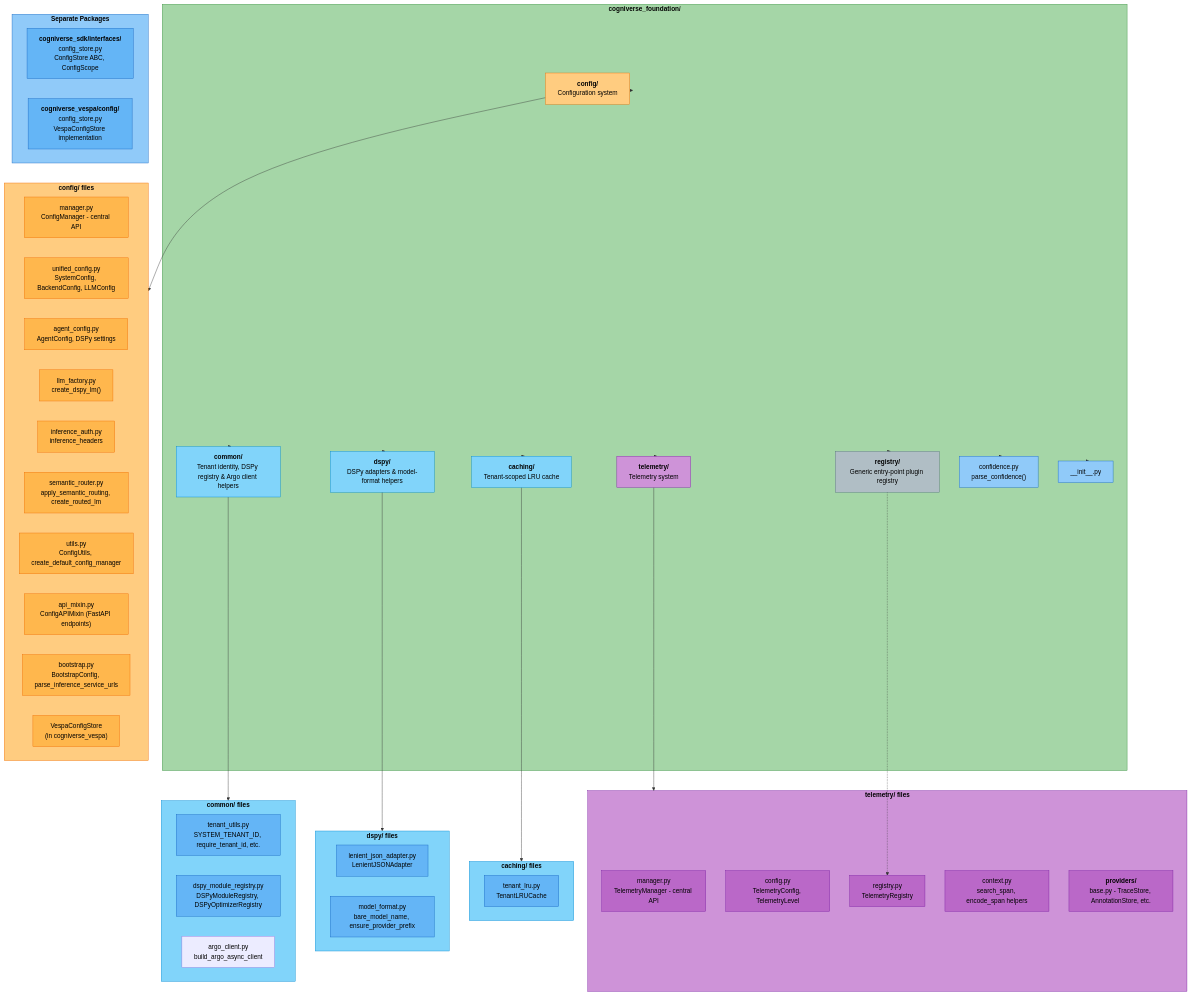
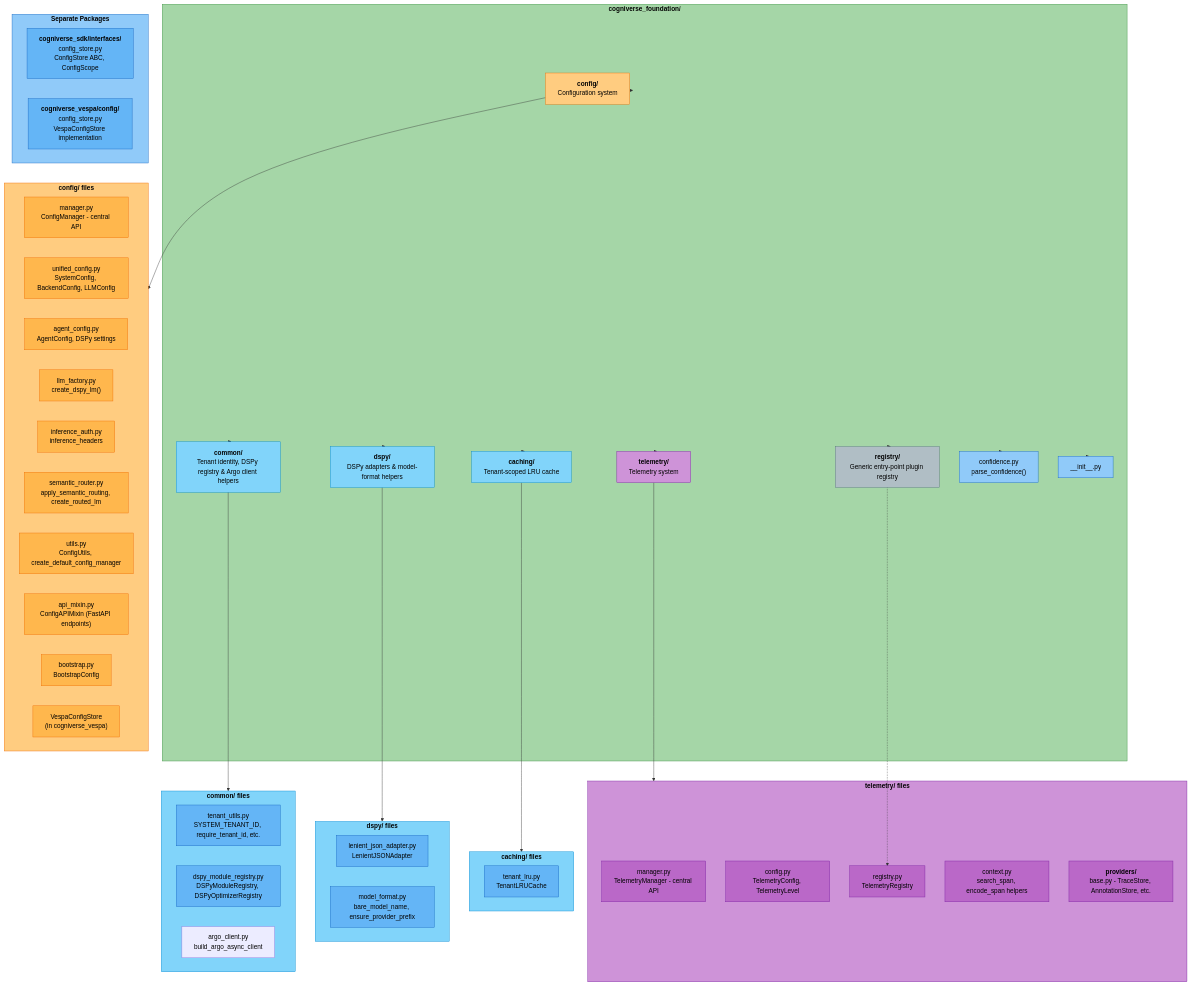
One commit to amit-jain/cogniverse changed the first of 3 diagrams in docs/modules/foundation.md. Above: the diagram before and after it, drawn with Mermaid. The commit also changed other lines of this file and 2 other files, not shown here.

Commit message:
Remove bootstrap inference URL parser in favor of runtime parser

```diff
--- a/docs/modules/foundation.md
+++ b/docs/modules/foundation.md
@@ -69,7 +69,7 @@
         SemanticRouterFile["<span style='color:#000'>semantic_router.py<br/>apply_semantic_routing, create_routed_lm</span>"]
         Utils["<span style='color:#000'>utils.py<br/>ConfigUtils, create_default_config_manager</span>"]
         ApiMixin["<span style='color:#000'>api_mixin.py<br/>ConfigAPIMixin (FastAPI endpoints)</span>"]
-        Bootstrap["<span style='color:#000'>bootstrap.py<br/>BootstrapConfig, parse_inference_service_urls</span>"]
+        Bootstrap["<span style='color:#000'>bootstrap.py<br/>BootstrapConfig</span>"]
         VespaStore["<span style='color:#000'>VespaConfigStore<br/>(in cogniverse_vespa)</span>"]
     end
 
```
